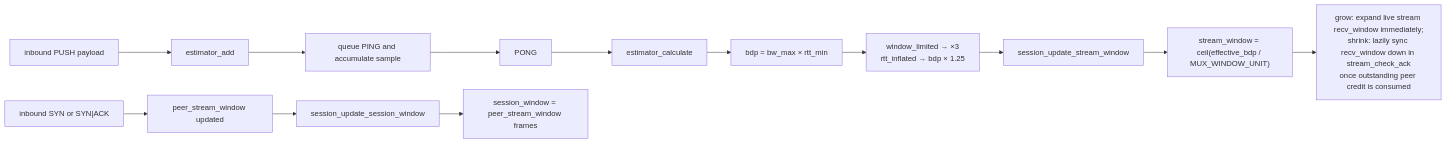
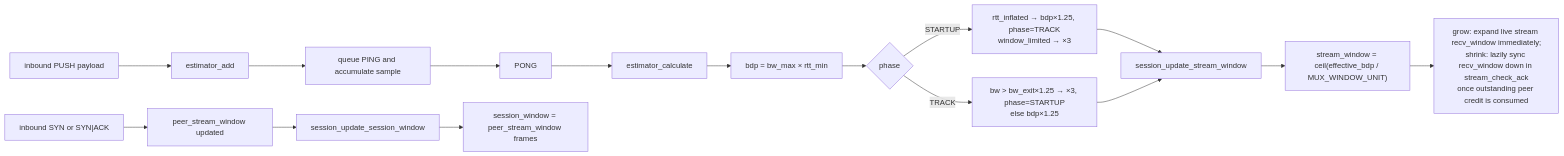
Before and after one commit to hexian000/multiplexd: diagram 12 of 17 in doc/impl.md, drawn with Mermaid. The commit also changed other lines of this file and 3 other files, not shown here.

````diff
--- a/doc/impl.md
+++ b/doc/impl.md
@@ -583,18 +583,20 @@
 ```mermaid
 flowchart LR
   A[inbound PUSH payload] --> B[estimator_add]
   B --> C[queue PING and accumulate sample]
   C --> D[PONG]
   D --> E[estimator_calculate]
   E --> F["bdp = bw_max × rtt_min"]
-  F --> G["window_limited → ×3<br/>rtt_inflated → bdp × 1.25"]
-  G --> H[session_update_stream_window]
-  H --> I["stream_window = ceil(effective_bdp / MUX_WINDOW_UNIT)"]
-  I --> J[grow: expand live stream recv_window immediately;
+  F --> G{phase}
+  G -- STARTUP --> H1["rtt_inflated → bdp×1.25, phase=TRACK<br/>window_limited → ×3"]
+  G -- TRACK --> H2["bw > bw_exit×1.25 → ×3, phase=STARTUP<br/>else bdp×1.25"]
+  H1 & H2 --> I[session_update_stream_window]
+  I --> J["stream_window = ceil(effective_bdp / MUX_WINDOW_UNIT)"]
+  J --> K[grow: expand live stream recv_window immediately;
 shrink: lazily sync recv_window down in stream_check_ack
 once outstanding peer credit is consumed]
 
-  K["inbound SYN or SYN|ACK"] --> L[peer_stream_window updated]
-  L --> M[session_update_session_window]
-  M --> N[session_window = peer_stream_window frames]
+  L["inbound SYN or SYN|ACK"] --> M[peer_stream_window updated]
+  M --> N[session_update_session_window]
+  N --> O[session_window = peer_stream_window frames]
 ```
````
